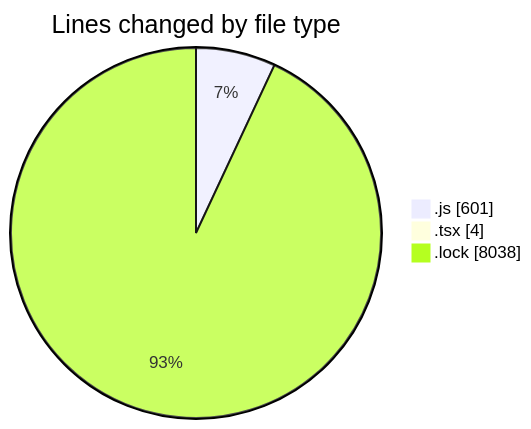
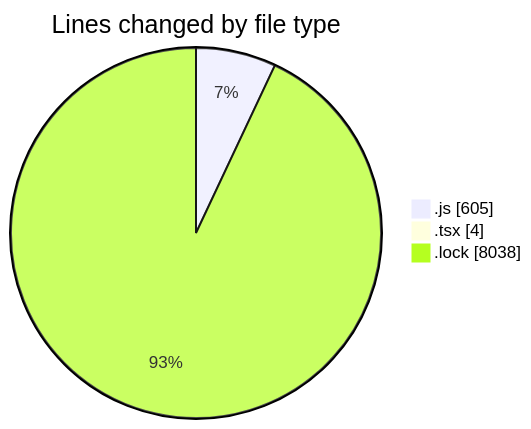
One commit to momahboobian/code-tracking changed the first of 2 diagrams in 2025-03-11/cda/README.md. Above: the diagram before and after it, drawn with Mermaid. The commit also changed other lines of this file and 1 other file, not shown here.

````diff
--- a/2025-03-11/cda/README.md
+++ b/2025-03-11/cda/README.md
@@ -30,7 +30,7 @@
 ```mermaid
 pie showData
 title Lines changed by file type
-".js" : 601
+".js" : 605
 ".tsx" : 4
 ".lock" : 8038
 ```
````
